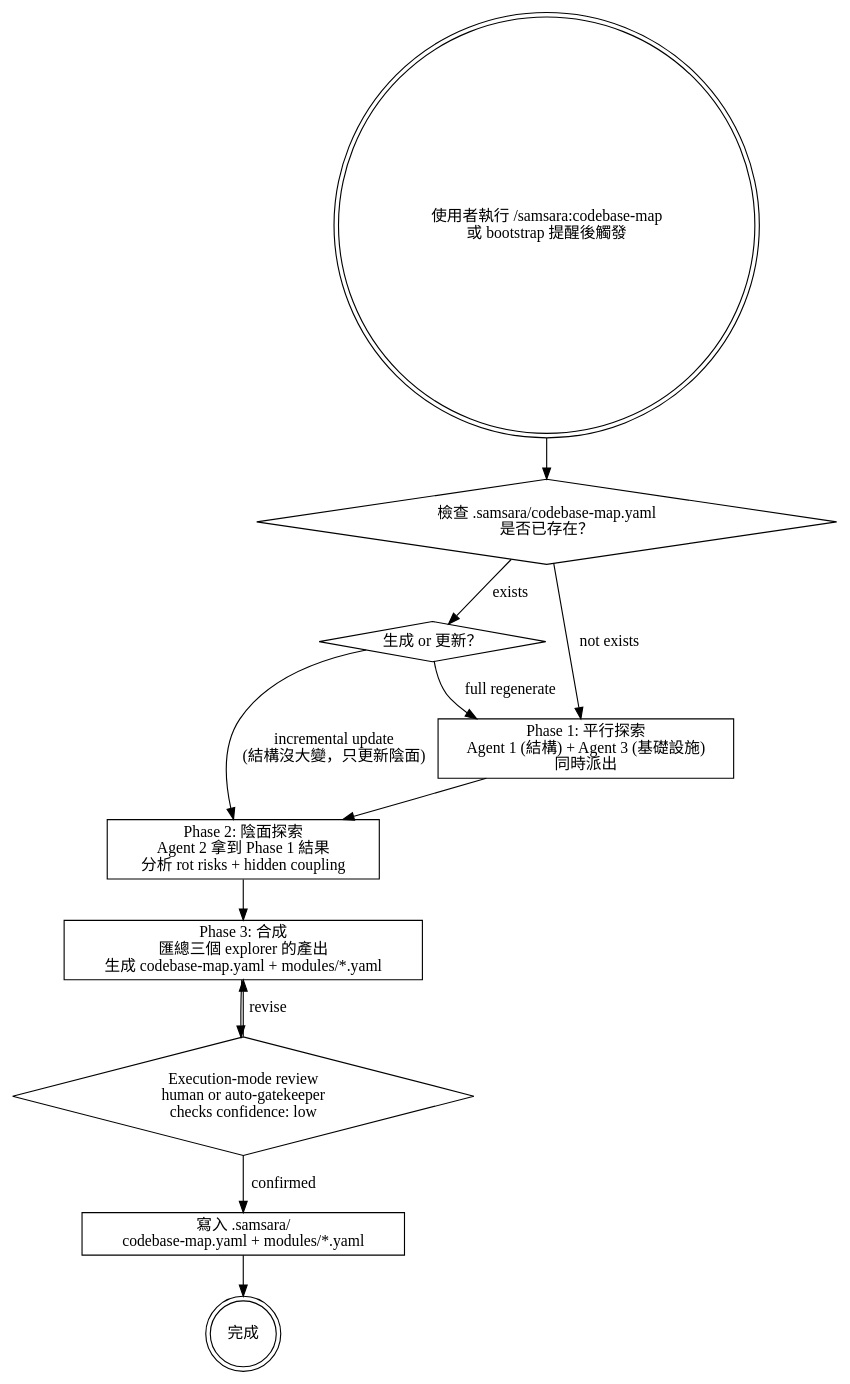
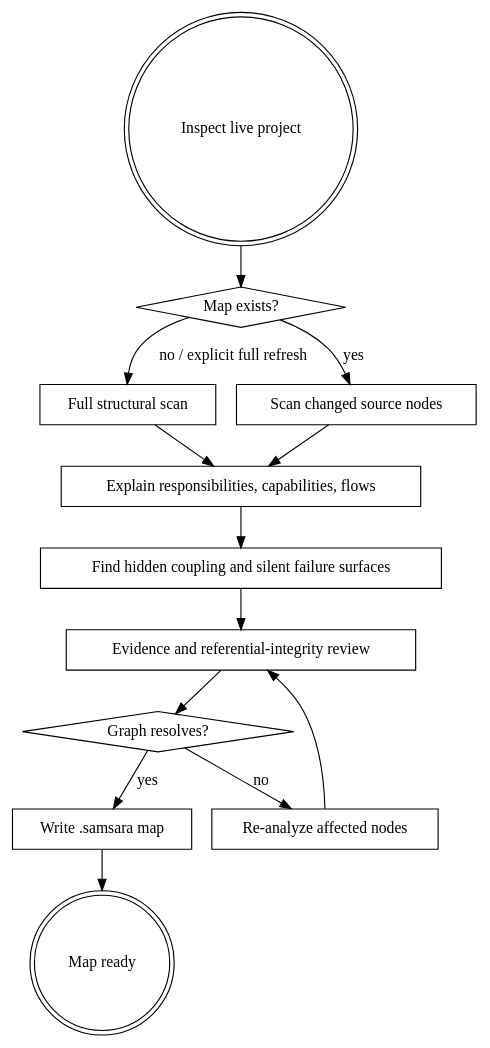
The diagram in skills/codebase-map/SKILL.md (roymondliao/samsara), drawn with Graphviz before and after one commit. The commit also changed other lines of this file and 22 other files, not shown here.

First line of the commit message:
refactor: align auto-mode evidence authorities

````diff
--- a/skills/codebase-map/SKILL.md
+++ b/skills/codebase-map/SKILL.md
@@ -26,28 +40,27 @@
 ```dot
 digraph codebase_map {
     node [shape=box];
+    start [label="Inspect live project" shape=doublecircle];
+    exists [label="Map exists?" shape=diamond];
+    full [label="Full structural scan"];
+    changed [label="Scan changed source nodes"];
+    semantic [label="Explain responsibilities, capabilities, flows"];
+    yin [label="Find hidden coupling and silent failure surfaces"];
+    review [label="Evidence and referential-integrity review"];
+    clean [label="Graph resolves?" shape=diamond];
+    repair [label="Re-analyze affected nodes"];
+    write [label="Write .samsara map"];
+    done [label="Map ready" shape=doublecircle];
 
-    start [label="使用者執行 /samsara:codebase-map\n或 bootstrap 提醒後觸發" shape=doublecircle];
-    check [label="檢查 .samsara/codebase-map.yaml\n是否已存在？" shape=diamond];
-    mode [label="生成 or 更新？" shape=diamond];
-
-    explore_parallel [label="Phase 1: 平行探索\nAgent 1 (結構) + Agent 3 (基礎設施)\n同時派出"];
-    explore_yin [label="Phase 2: 陰面探索\nAgent 2 拿到 Phase 1 結果\n分析 rot risks + hidden coupling"];
-    synthesize [label="Phase 3: 合成\n匯總三個 explorer 的產出\n生成 codebase-map.yaml + modules/*.yaml"];
-    review [label="Execution-mode review\nhuman or auto-gatekeeper\nchecks confidence: low" shape=diamond];
-    write [label="寫入 .samsara/\ncodebase-map.yaml + modules/*.yaml"];
-    done [label="完成" shape=doublecircle];
-
-    start -> check;
-    check -> mode [label="exists"];
-    check -> explore_parallel [label="not exists"];
-    mode -> explore_parallel [label="full regenerate"];
-    mode -> explore_yin [label="incremental update\n(結構沒大變，只更新陰面)"];
-    explore_parallel -> explore_yin;
-    explore_yin -> synthesize;
-    synthesize -> review;
-    review -> write [label="confirmed"];
-    review -> synthesize [label="revise"];
+    start -> exists;
+    exists -> full [label="no / explicit full refresh"];
+    exists -> changed [label="yes"];
+    full -> semantic;
+    changed -> semantic;
+    semantic -> yin -> review -> clean;
+    clean -> repair [label="no"];
+    repair -> review;
+    clean -> write [label="yes"];
     write -> done;
 }
 ```
````
